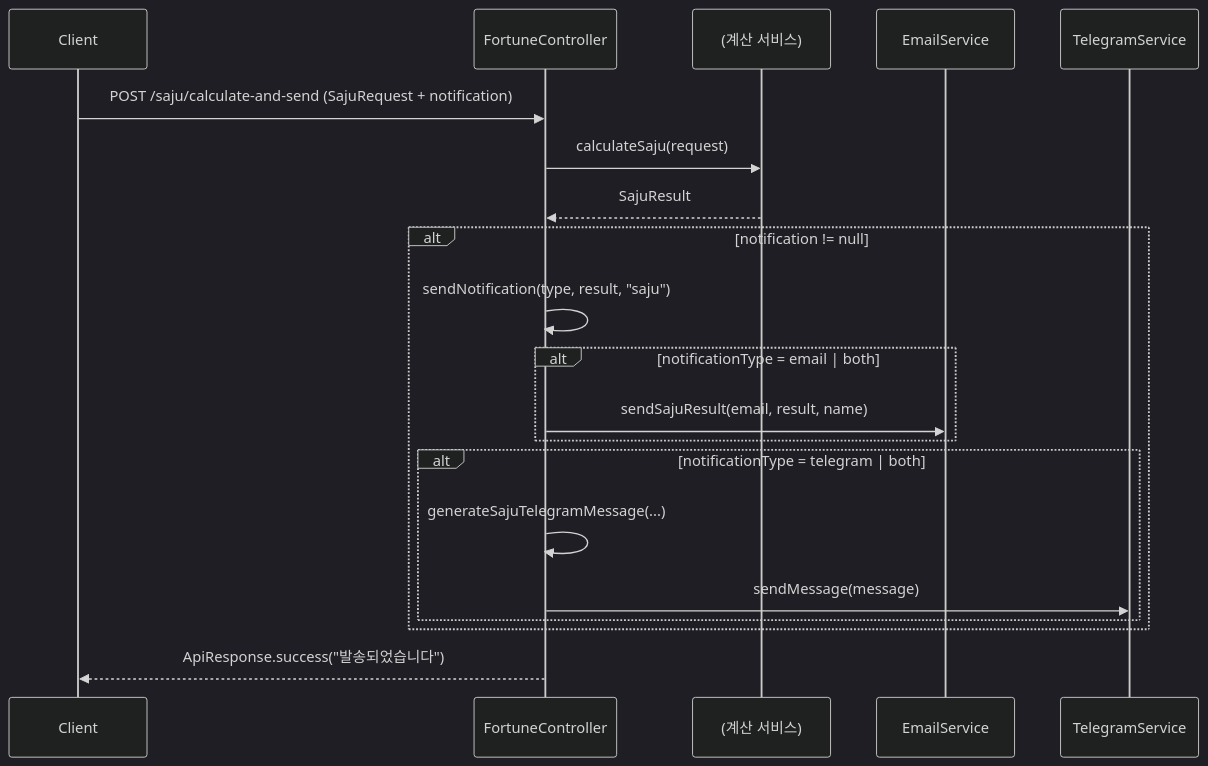
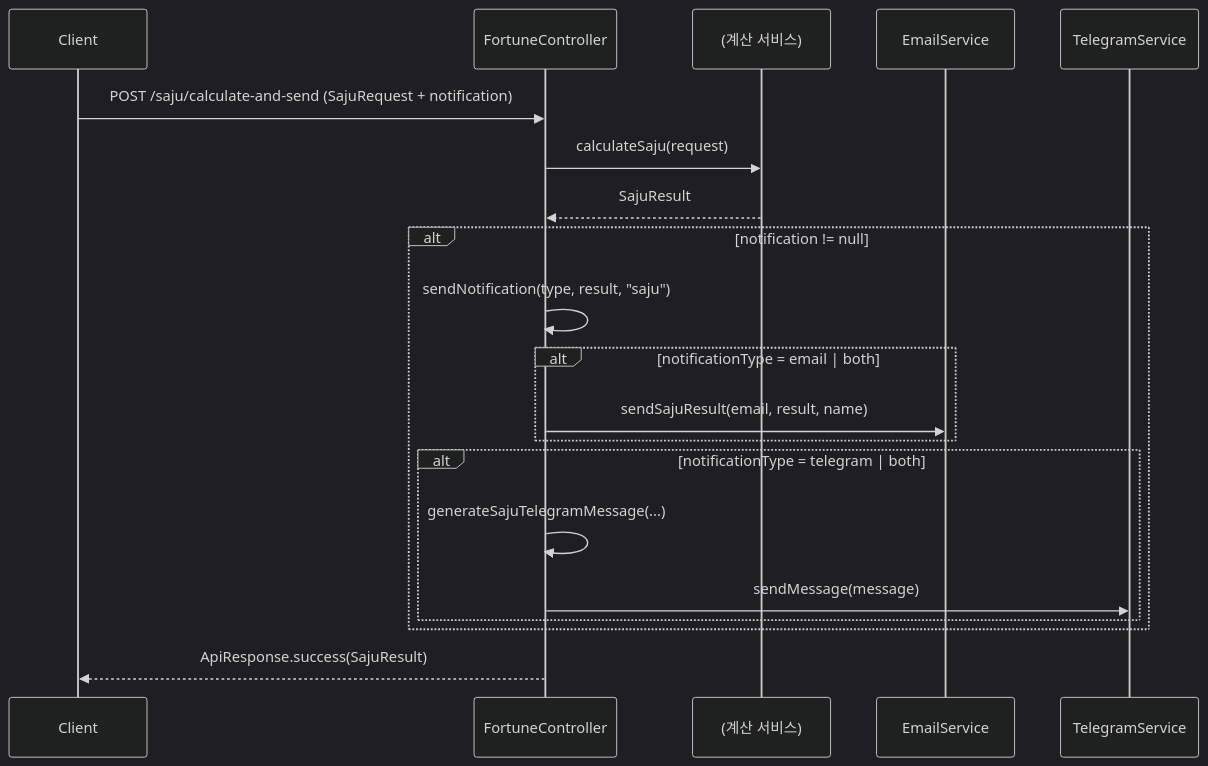
Before and after one commit to nanamix/korean-fortune-system: the third of 4 diagrams in docs/reference/02-architecture.md, drawn with Mermaid (dark theme). The commit also changed other lines of this file and 6 other files, not shown here.

````diff
--- a/docs/reference/02-architecture.md
+++ b/docs/reference/02-architecture.md
@@ -105,22 +105,22 @@
 ```mermaid
 sequenceDiagram
     participant C as Client
     participant FC as FortuneController
     participant SVC as (계산 서비스)
     participant E as EmailService
     participant T as TelegramService
     C->>FC: POST /saju/calculate-and-send (SajuRequest + notification)
     FC->>SVC: calculateSaju(request)
     SVC-->>FC: SajuResult
     alt notification != null
         FC->>FC: sendNotification(type, result, "saju")
         alt notificationType = email | both
             FC->>E: sendSajuResult(email, result, name)
         end
         alt notificationType = telegram | both
             FC->>FC: generateSajuTelegramMessage(...)
             FC->>T: sendMessage(message)
         end
     end
-    FC-->>C: ApiResponse.success("발송되었습니다")
+    FC-->>C: ApiResponse.success(SajuResult)
 ```
````
